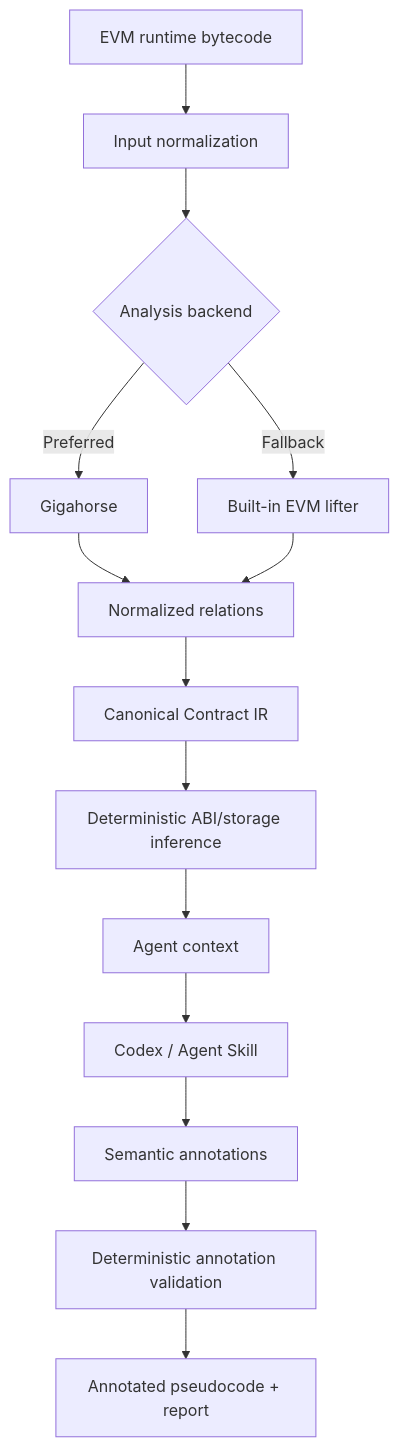
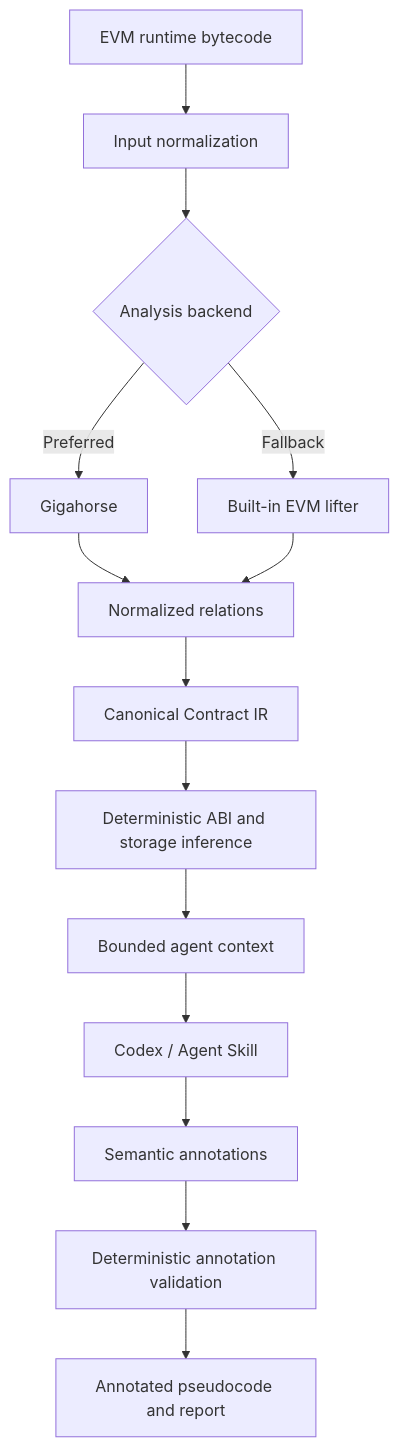
One commit to iavl/evm-bytecode-decompiler changed the diagram in how-it-works.md. Above: the diagram before and after it, drawn with Mermaid. The commit also changed other lines of this file, not shown here.

Commit message:
Clarify decompiler architecture and evidence boundaries

````diff
--- a/how-it-works.md
+++ b/how-it-works.md
@@ -12,16 +9,16 @@
 ```mermaid
 flowchart TD
     A[EVM runtime bytecode] --> B[Input normalization]
     B --> C{Analysis backend}
     C -->|Preferred| D[Gigahorse]
     C -->|Fallback| E[Built-in EVM lifter]
     D --> F[Normalized relations]
     E --> F
     F --> G[Canonical Contract IR]
-    G --> H[Deterministic ABI/storage inference]
-    H --> I[Agent context]
+    G --> H[Deterministic ABI and storage inference]
+    H --> I[Bounded agent context]
     I --> J[Codex / Agent Skill]
     J --> K[Semantic annotations]
     K --> L[Deterministic annotation validation]
-    L --> M[Annotated pseudocode + report]
+    L --> M[Annotated pseudocode and report]
 ```
````
